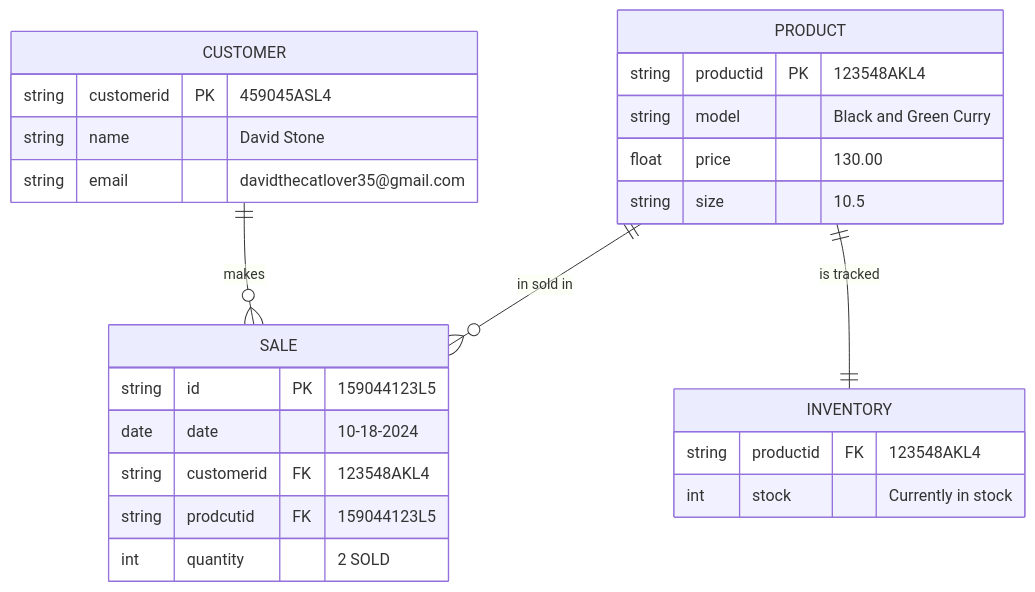
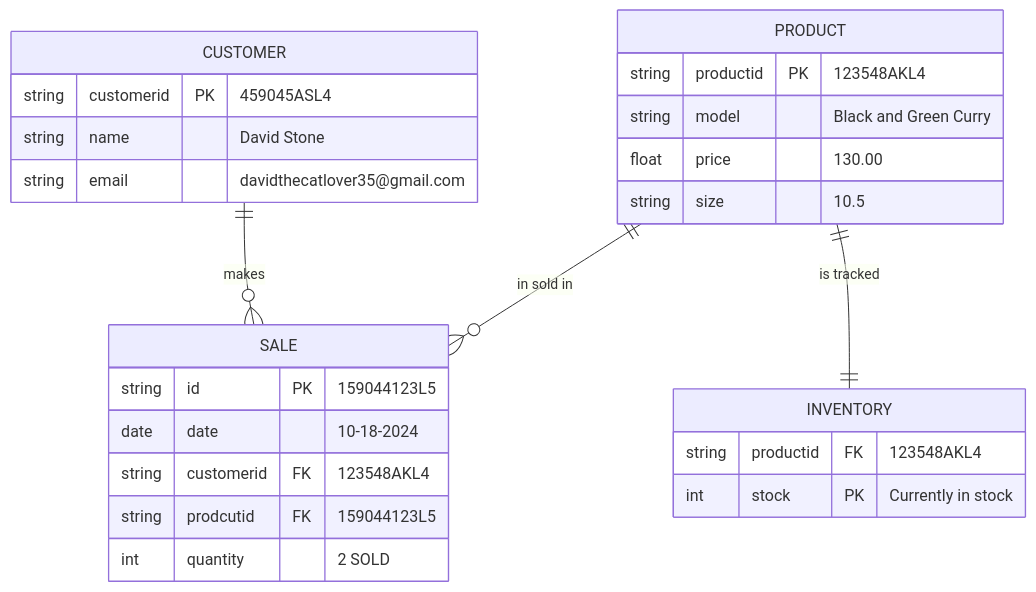
One commit to alexkurcan/alexkurcan.github.io changed the diagram in NikeStore_ERD.md. Above: the diagram before and after it, drawn with Mermaid. The commit also changed other lines of this file, not shown here.

Commit message:
new new new chart

````diff
--- a/NikeStore_ERD.md
+++ b/NikeStore_ERD.md
@@ -2,28 +2,28 @@
 ```mermaid
 erDiagram
 PRODUCT ||--o{SALE: "in sold in"
 PRODUCT ||--|| INVENTORY: "is tracked"
 CUSTOMER ||--o{SALE: makes
 PRODUCT {
     string productid PK "123548AKL4"
     string model "Black and Green Curry"
     float price "130.00"
     string size "10.5"
 }
 CUSTOMER {
     string customerid PK "459045ASL4"
     string name "David Stone"
     string email "davidthecatlover35@gmail.com"
 }
 SALE {
     string id PK "159044123L5"
     date date "10-18-2024"
     string customerid FK "123548AKL4"
     string prodcutid FK "159044123L5"
     int quantity "2 SOLD"
 }
 INVENTORY {
     string productid FK "123548AKL4"
-    int stock "Currently in stock"
+    int stock PK "Currently in stock"
 }
 ```
````
